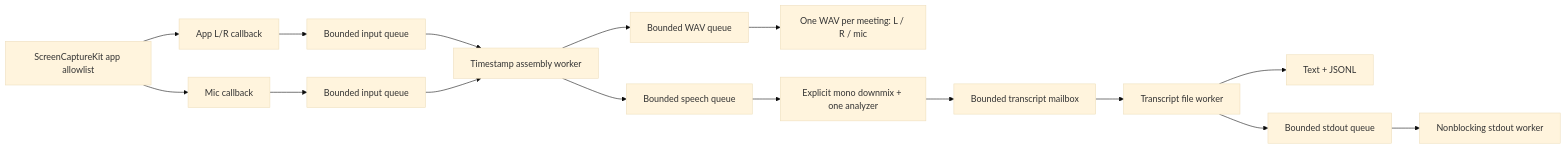
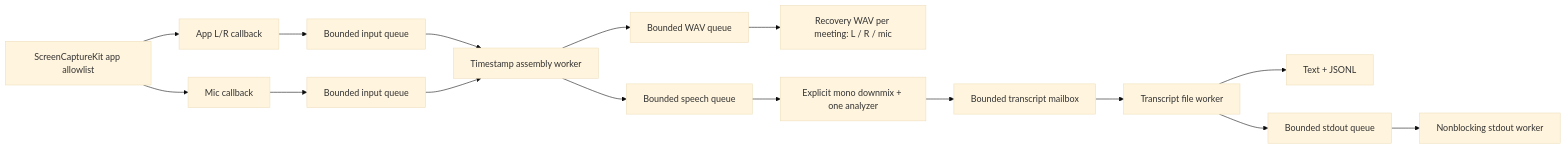
Before and after one commit to robertmeta/capture-it: the diagram in docs/architecture.md, drawn with Mermaid (base theme). The commit also changed other lines of this file and 27 other files, not shown here.

````diff
--- a/docs/architecture.md
+++ b/docs/architecture.md
@@ -25,18 +25,18 @@
 ```mermaid
 flowchart LR
     N[ScreenCaptureKit app allowlist] --> A[App L/R callback]
     N --> M[Mic callback]
     A --> AQ[Bounded input queue]
     M --> MQ[Bounded input queue]
     AQ --> C[Timestamp assembly worker]
     MQ --> C
     C --> WQ[Bounded WAV queue]
-    WQ --> W[One WAV per meeting: L / R / mic]
+    WQ --> W[Recovery WAV per meeting: L / R / mic]
     C --> RQ[Bounded speech queue]
     RQ --> R[Explicit mono downmix + one analyzer]
     R --> T[Bounded transcript mailbox]
     T --> F[Transcript file worker]
     F --> TXT[Text + JSONL]
     F --> SQ[Bounded stdout queue]
     SQ --> SW[Nonblocking stdout worker]
 ```
````
